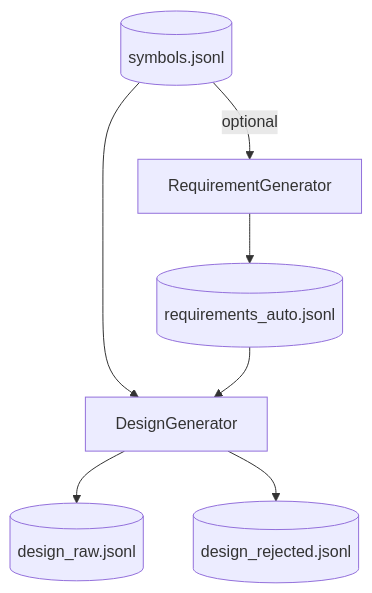
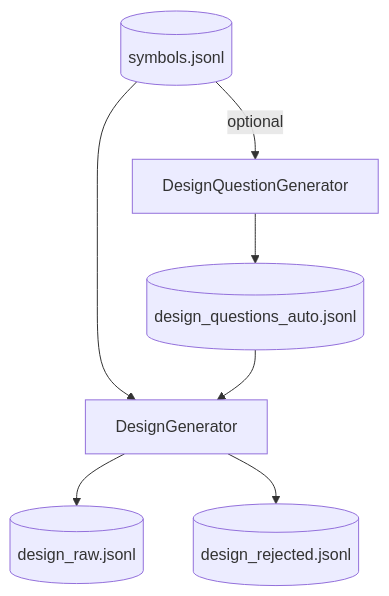
Before and after one commit to FlutteryEmbers/intelligent_code: the diagram in docs/pipeline/04-design-generation-step.md, drawn with Mermaid. The commit also changed other lines of this file and 19 other files, not shown here.

````diff
--- a/docs/pipeline/04-design-generation-step.md
+++ b/docs/pipeline/04-design-generation-step.md
@@ -50,9 +50,9 @@
 ```mermaid
 flowchart TD
-  S[(symbols.jsonl)] -->|optional| R[RequirementGenerator]
-  R --> RA[(requirements_auto.jsonl)]
+  S[(symbols.jsonl)] -->|optional| R[DesignQuestionGenerator]
+  R --> RA[(design_questions_auto.jsonl)]
   S --> D[DesignGenerator]
   RA --> D
   D --> O[(design_raw.jsonl)]
   D --> X[(design_rejected.jsonl)]
 ```
````
